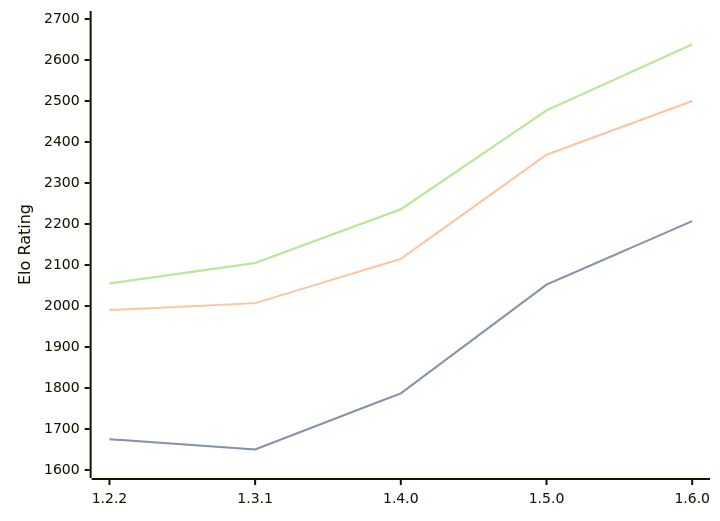
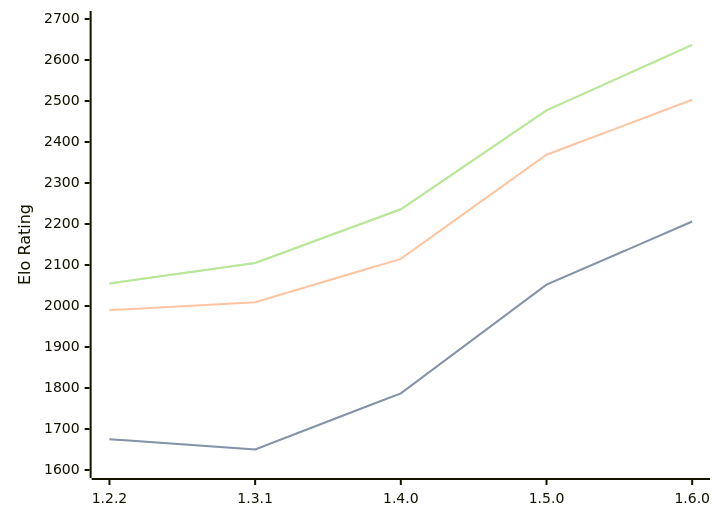
The diagram in engines/SoloEngine.md (computer-chess-index/cci), drawn with Mermaid before and after one commit. The commit also changed other lines of this file, not shown here.

Commit message:
Update CCI Ratings (ELO VLTC) - 2026-03-22

````diff
--- a/engines/SoloEngine.md
+++ b/engines/SoloEngine.md
@@ -35,11 +35,11 @@
 ```mermaid
 %%{init: {"theme":"base","themeVariables":{"seriesColors:['#a3a3a3','#222221','#faa371']}}}%%
 xychart-beta
   x-axis ["1.2.2", "1.3.1", "1.4.0", "1.5.0", "1.6.0"]
   y-axis "Elo Rating" 1600 --> 2700
-  line "STC (8.0+0.08s)" [1675, 1650, 1787, 2052, 2207]
-  line "STC (8.0+0.08s)" [1675, 1650, 1787, 2052, 2207]
-  line "LTC (60.0+0.60s)" [1990, 2007, 2115, 2369, 2500]
-  line "VLTC (2m24s+1.12s)" [2055, 2105, 2236, 2477, 2638]
-  line "VLTC (2m24s+1.12s)" [2055, 2105, 2236, 2477, 2638]
+  line "STC (8.0+0.08s)" [1675, 1650, 1787, 2052, 2206]
+  line "STC (8.0+0.08s)" [1675, 1650, 1787, 2052, 2206]
+  line "LTC (60.0+0.60s)" [1990, 2009, 2115, 2369, 2503]
+  line "VLTC (2m24s+1.12s)" [2055, 2105, 2236, 2477, 2637]
+  line "VLTC (2m24s+1.12s)" [2055, 2105, 2236, 2477, 2637]
 ```
````
